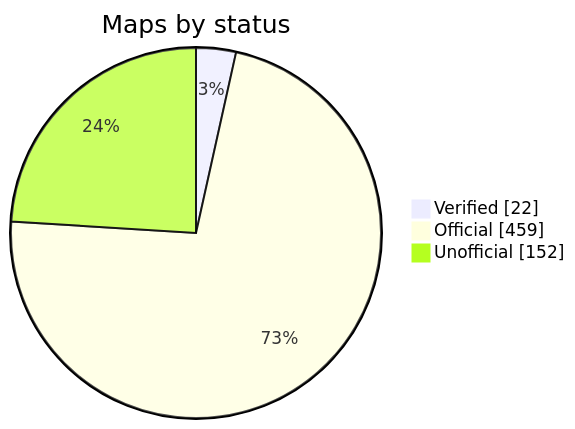
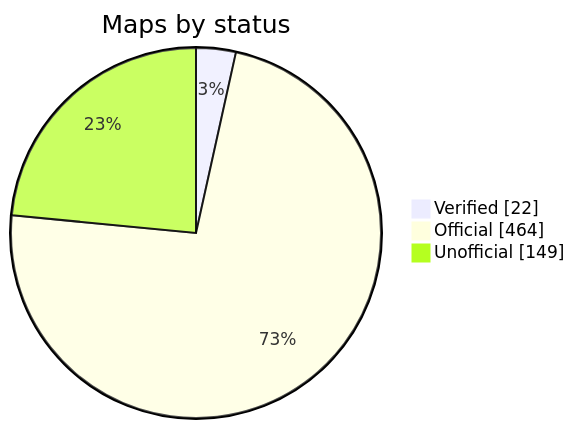
The diagram in README.md (nobrega8/mbmap-library), drawn with Mermaid before and after one commit. The commit also changed 4 other files, not shown here.

````diff
--- a/README.md
+++ b/README.md
@@ -52,7 +52,7 @@
 ```mermaid
 pie showData
     title Maps by status
     "Verified" : 22
-    "Official" : 459
-    "Unofficial" : 152
+    "Official" : 464
+    "Unofficial" : 149
 ```
````
